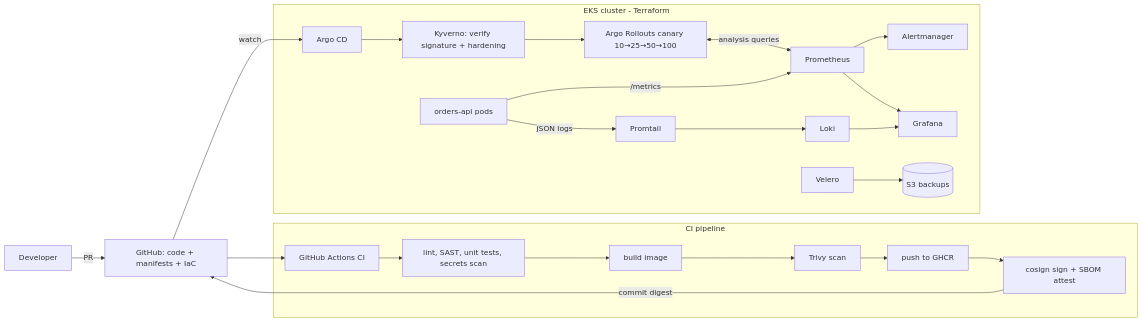
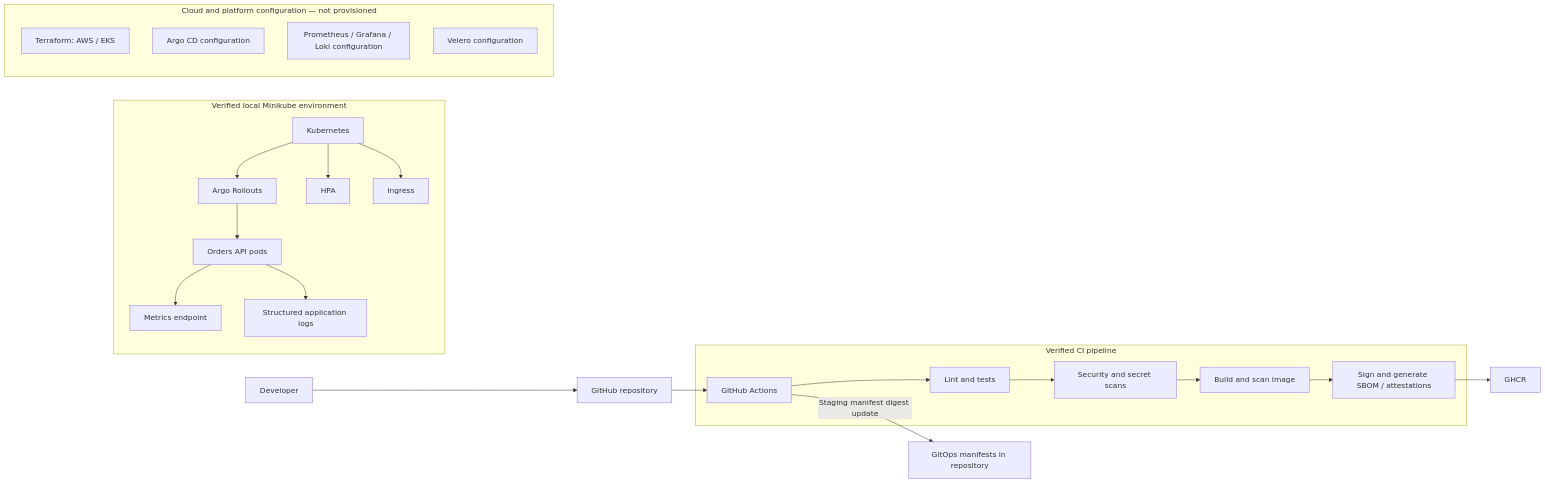
The diagram in README.md (Jatinbisht2207/devops-platform), drawn with Mermaid before and after one commit. The commit also changed other lines of this file, not shown here.

Commit message:
Clarify verified deployment scope in README

````diff
--- a/README.md
+++ b/README.md
@@ -9,22 +11,30 @@
 ```mermaid
 flowchart LR
-  Dev[Developer] -->|PR| GH[GitHub: code + manifests + IaC]
-  GH --> CI[GitHub Actions CI]
-  subgraph CI pipeline
-    CI --> T[lint, SAST, unit tests, secrets scan]
-    T --> B[build image] --> S[Trivy scan] --> P[push to GHCR] --> SG[cosign sign + SBOM attest]
+  DEV[Developer] --> GH[GitHub repository]
+  GH --> CI[GitHub Actions]
+  subgraph CI_PIPELINE[Verified CI pipeline]
+    CI --> TEST[Lint and tests]
+    TEST --> SEC[Security and secret scans]
+    SEC --> BUILD[Build and scan image]
+    BUILD --> SIGN[Sign and generate SBOM / attestations]
   end
-  SG -->|commit digest| GH
-  GH -->|watch| ARGO[Argo CD]
-  subgraph EKS cluster - Terraform
-    ARGO --> KY[Kyverno: verify signature + hardening]
-    KY --> RO[Argo Rollouts canary 10→25→50→100]
-    RO <-->|analysis queries| PROM[Prometheus]
-    APP[orders-api pods] -->|/metrics| PROM
-    APP -->|JSON logs| PT[Promtail] --> LOKI[Loki]
-    PROM --> AM[Alertmanager]
-    PROM --> GF[Grafana]
-    LOKI --> GF
-    VEL[Velero] --> S3[(S3 backups)]
+  SIGN --> REG[GHCR]
+  CI -->|Staging manifest digest update| GITOPS[GitOps manifests in repository]
+
+  subgraph LOCAL[Verified local Minikube environment]
+    K8S[Kubernetes]
+    K8S --> RO[Argo Rollouts]
+    RO --> APP[Orders API pods]
+    APP --> METRICS[Metrics endpoint]
+    APP --> LOGS[Structured application logs]
+    K8S --> HPA[HPA]
+    K8S --> ING[Ingress]
+  end
+
+  subgraph CONFIG[Cloud and platform configuration — not provisioned]
+    TF[Terraform: AWS / EKS]
+    ARGOCD[Argo CD configuration]
+    OBS[Prometheus / Grafana / Loki configuration]
+    BACKUP[Velero configuration]
   end
 ```
````
